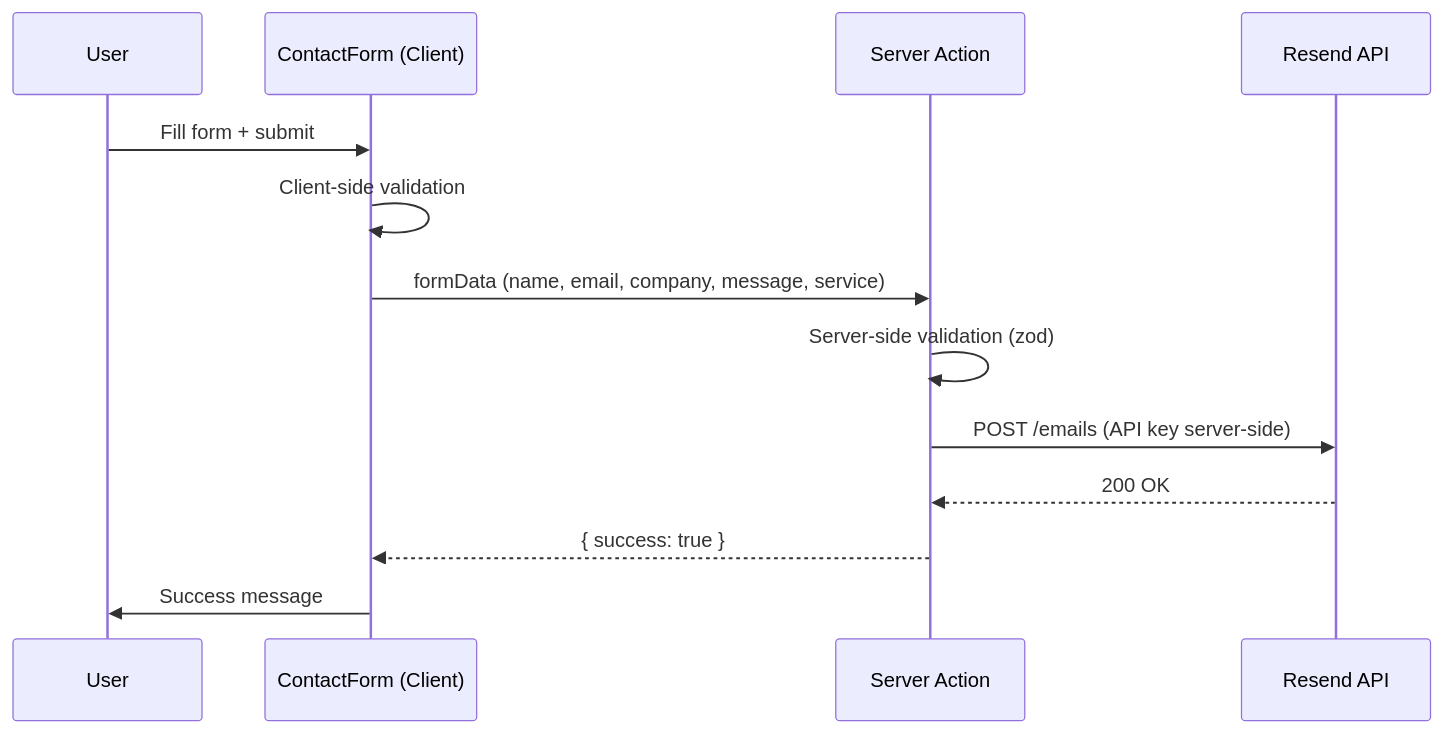
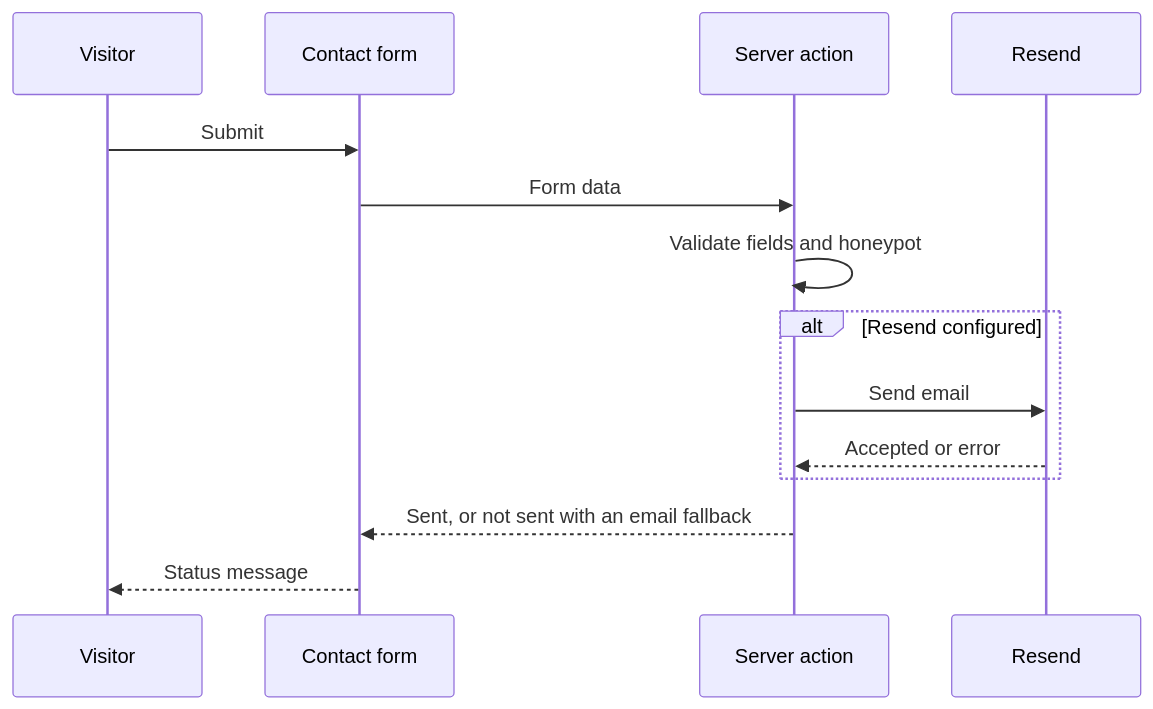
One commit to vinzpauloo/Fundamental-IT-Solutions changed the diagram in docs/architecture/system-design.md. Above: the diagram before and after it, drawn with Mermaid. The commit also changed other lines of this file and 126 other files, not shown here.

````diff
--- a/docs/architecture/system-design.md
+++ b/docs/architecture/system-design.md
@@ -531,16 +62,17 @@
 ```mermaid
 sequenceDiagram
-    participant User
-    participant Form as ContactForm (Client)
-    participant Action as Server Action
-    participant Email as Resend API
+    participant Visitor
+    participant Form as Contact form
+    participant Action as Server action
+    participant Resend
 
-    User->>Form: Fill form + submit
-    Form->>Form: Client-side validation
-    Form->>Action: formData (name, email, company, message, service)
-    Action->>Action: Server-side validation (zod)
-    Action->>Email: POST /emails (API key server-side)
-    Email-->>Action: 200 OK
-    Action-->>Form: { success: true }
-    Form->>User: Success message
+    Visitor->>Form: Submit
+    Form->>Action: Form data
+    Action->>Action: Validate fields and honeypot
+    alt Resend configured
+        Action->>Resend: Send email
+        Resend-->>Action: Accepted or error
+    end
+    Action-->>Form: Sent, or not sent with an email fallback
+    Form-->>Visitor: Status message
 ```
````
